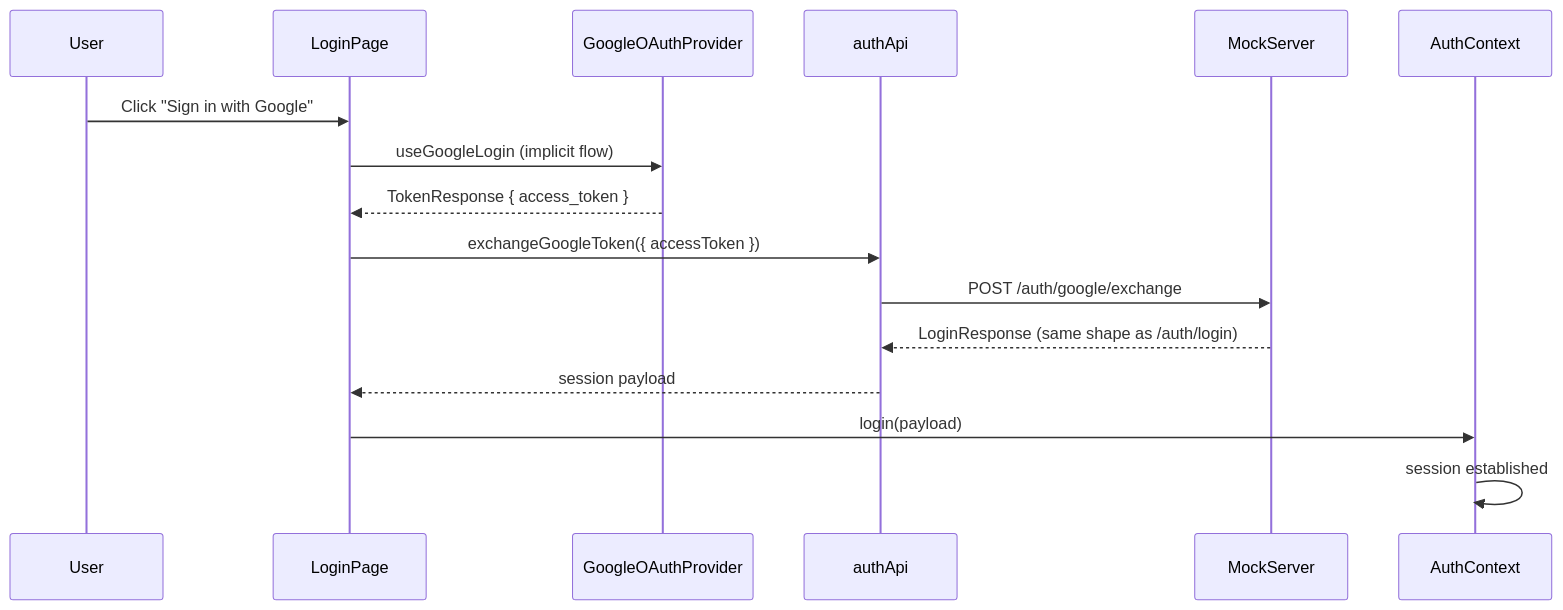
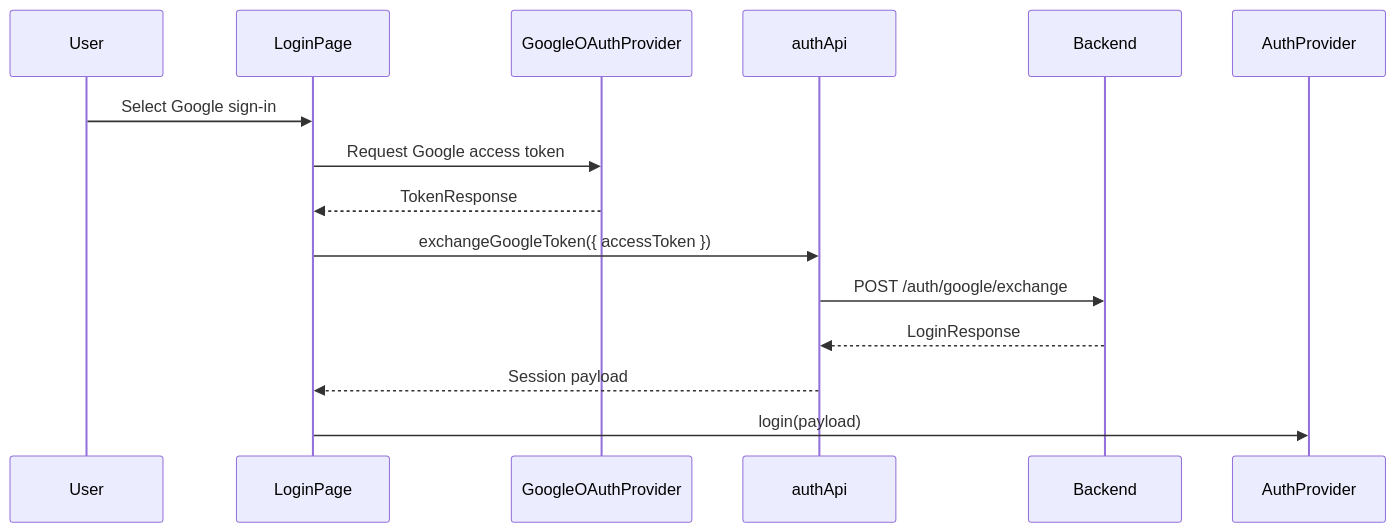
The fourth of 9 diagrams in ARCHITECTURE.md (PiyalChatterjee/skills-mine-frontend), drawn with Mermaid before and after one commit. The commit also changed other lines of this file and 1 other file, not shown here.

````diff
--- a/ARCHITECTURE.md
+++ b/ARCHITECTURE.md
@@ -261,19 +211,18 @@
 ```mermaid
 sequenceDiagram
-    participant User
-    participant LoginPage
-    participant GoogleOAuthProvider
-    participant authApi
-    participant MockServer
-    participant AuthContext
+  participant User
+  participant Login as LoginPage
+  participant OAuth as GoogleOAuthProvider
+  participant Auth as authApi
+  participant Backend
+  participant Context as AuthProvider
 
-    User->>LoginPage: Click "Sign in with Google"
-    LoginPage->>GoogleOAuthProvider: useGoogleLogin (implicit flow)
-    GoogleOAuthProvider-->>LoginPage: TokenResponse { access_token }
-    LoginPage->>authApi: exchangeGoogleToken({ accessToken })
-    authApi->>MockServer: POST /auth/google/exchange
-    MockServer-->>authApi: LoginResponse (same shape as /auth/login)
-    authApi-->>LoginPage: session payload
-    LoginPage->>AuthContext: login(payload)
-    AuthContext->>AuthContext: session established
+  User->>Login: Select Google sign-in
+  Login->>OAuth: Request Google access token
+  OAuth-->>Login: TokenResponse
+  Login->>Auth: exchangeGoogleToken({ accessToken })
+  Auth->>Backend: POST /auth/google/exchange
+  Backend-->>Auth: LoginResponse
+  Auth-->>Login: Session payload
+  Login->>Context: login(payload)
 ```
````
